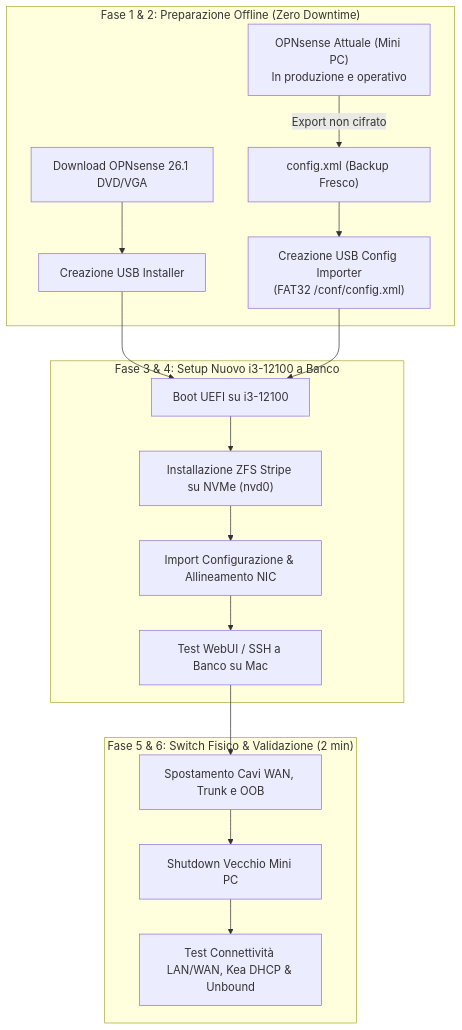
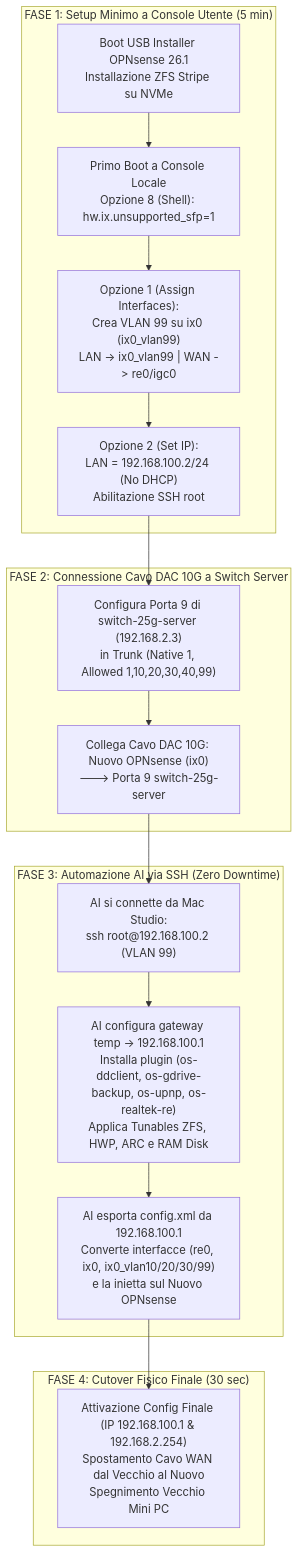
Before and after one commit to pindaroli/k8s-lab: the diagram in wiki/plans/opnsense-i3-12100-nvme-migration.md, drawn with Mermaid. The commit also changed other lines of this file and 1 other file, not shown here.

Commit message:
docs(opnsense): aggiornato piano di migrazione e todo (Fase 1 e 2 completate, Emulex oce0 10G attiva, SSH passwordless OK, hardening anti-usura NVMe ZFS e RAM disk)

````diff
--- a/wiki/plans/opnsense-i3-12100-nvme-migration.md
+++ b/wiki/plans/opnsense-i3-12100-nvme-migration.md
@@ -77,22 +96,23 @@
 ```mermaid
 flowchart TD
-    subgraph PREP["Fase 1 & 2: Preparazione Offline (Zero Downtime)"]
-        A["OPNsense Attuale (Mini PC)<br/>In produzione e operativo"] -->|Export non cifrato| B["config.xml (Backup Fresco)"]
-        C["Download OPNsense 26.1 DVD/VGA"] --> D["Creazione USB Installer"]
-        B --> E["Creazione USB Config Importer<br/>(FAT32 /conf/config.xml)"]
+    subgraph FASE1["FASE 1: Setup Minimo a Console Utente (5 min)"]
+        A["Boot USB Installer OPNsense 26.1<br/>Installazione ZFS Stripe su NVMe"] --> B["Primo Boot a Console Locale<br/>Opzione 8 (Shell): hw.ix.unsupported_sfp=1"]
+        B --> C["Opzione 1 (Assign Interfaces):<br/>Crea VLAN 99 su ix0 (ix0_vlan99)<br/>LAN -> ix0_vlan99 | WAN -> re0/igc0"]
+        C --> D["Opzione 2 (Set IP):<br/>LAN = 192.168.100.2/24 (No DHCP)<br/>Abilitazione SSH root"]
     end
 
-    subgraph INSTALL["Fase 3 & 4: Setup Nuovo i3-12100 a Banco"]
-        D --> F["Boot UEFI su i3-12100"]
-        E --> F
-        F --> G["Installazione ZFS Stripe su NVMe (nvd0)"]
-        G --> H["Import Configurazione & Allineamento NIC"]
-        H --> I["Test WebUI / SSH a Banco su Mac"]
+    subgraph FASE2["FASE 2: Connessione Cavo DAC 10G a Switch Server"]
+        D --> E["Configura Porta 9 di switch-25g-server (192.168.2.3)<br/>in Trunk (Native 1, Allowed 1,10,20,30,40,99)"]
+        E --> F["Collega Cavo DAC 10G: Nuovo OPNsense (ix0)<br/>---> Porta 9 switch-25g-server"]
     end
 
-    subgraph CUTOVER["Fase 5 & 6: Switch Fisico & Validazione (2 min)"]
-        I --> J["Spostamento Cavi WAN, Trunk e OOB"]
-        J --> K["Shutdown Vecchio Mini PC"]
-        K --> L["Test Connettività LAN/WAN, Kea DHCP & Unbound"]
+    subgraph FASE3["FASE 3: Automazione AI via SSH (Zero Downtime)"]
+        F --> G["AI si connette da Mac Studio:<br/>ssh root@192.168.100.2 (VLAN 99)"]
+        G --> H["AI configura gateway temp -> 192.168.100.1<br/>Installa plugin (os-ddclient, os-gdrive-backup, os-upnp, os-realtek-re)<br/>Applica Tunables ZFS, HWP, ARC e RAM Disk"]
+        H --> I["AI esporta config.xml da 192.168.100.1<br/>Converte interfacce (re0, ix0, ix0_vlan10/20/30/99)<br/>e la inietta sul Nuovo OPNsense"]
+    end
+
+    subgraph FASE4["FASE 4: Cutover Fisico Finale (30 sec)"]
+        I --> J["Attivazione Config Finale (IP 192.168.100.1 & 192.168.2.254)<br/>Spostamento Cavo WAN dal Vecchio al Nuovo<br/>Spegnimento Vecchio Mini PC"]
     end
 ```
````
